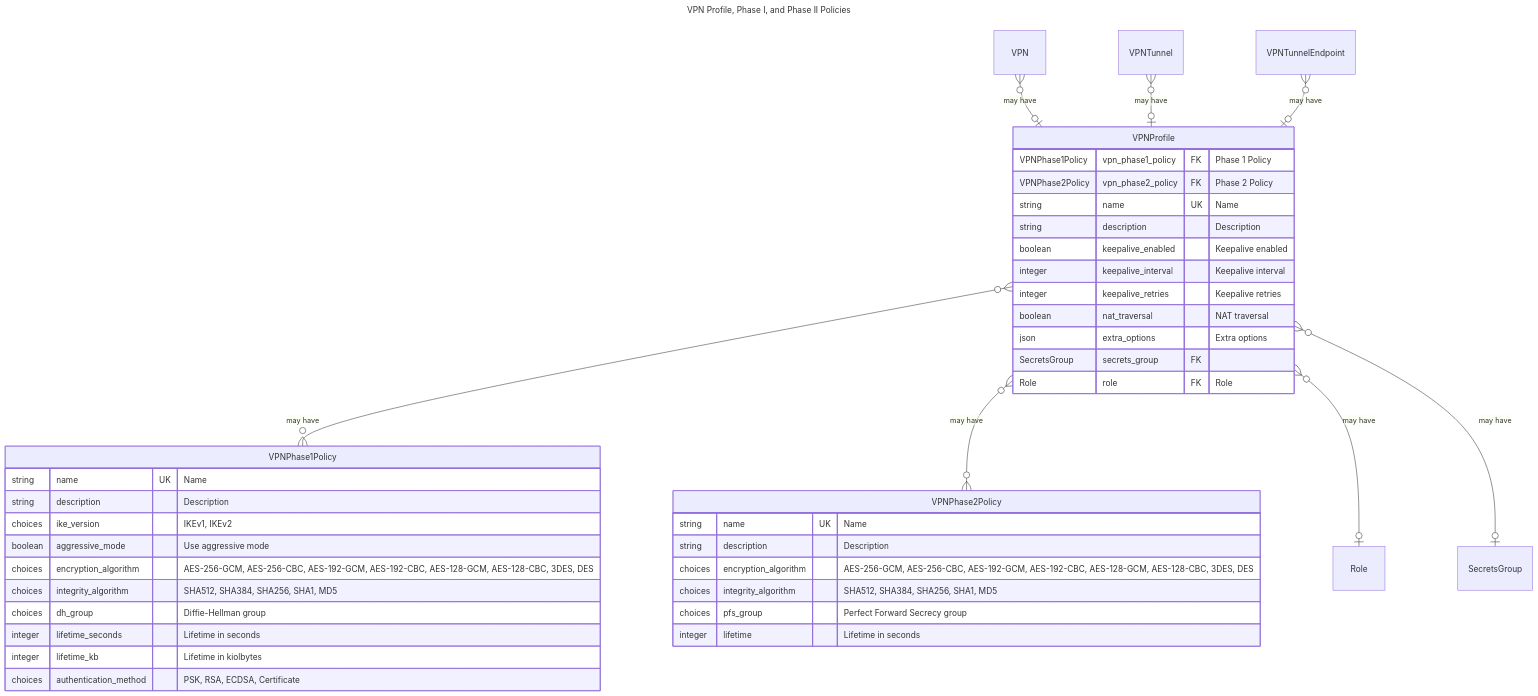
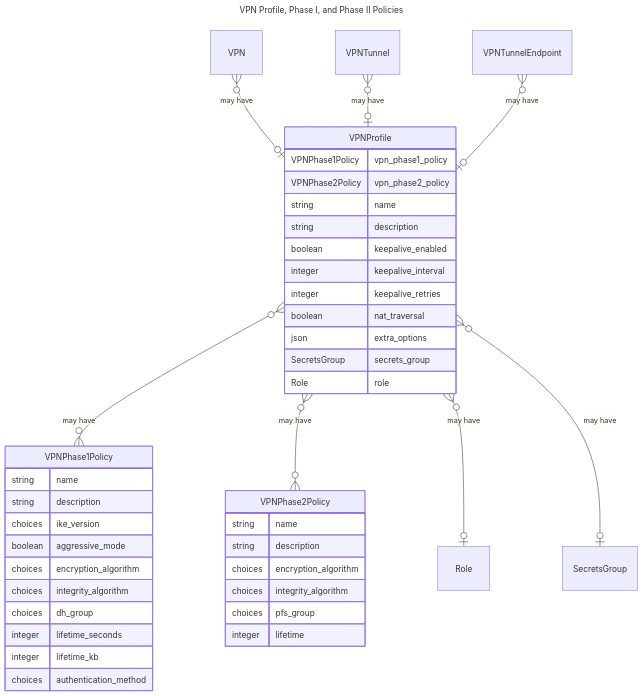
Before and after one commit to nautobot/nautobot: the first of 2 diagrams in nautobot/docs/user-guide/core-data-model/vpn/index.md, drawn with Mermaid. The commit also changed other lines of this file and 3 other files, not shown here.

````diff
--- a/nautobot/docs/user-guide/core-data-model/vpn/index.md
+++ b/nautobot/docs/user-guide/core-data-model/vpn/index.md
@@ -23,57 +23,57 @@
 ```mermaid
 ---
 title: VPN Profile, Phase I, and Phase II Policies
 ---
 erDiagram
     "extras.Role"[Role] {}
     "extras.SecretsGroup"[SecretsGroup] {}
     "nautobot_vpn_models.VPN"[VPN] {}
     "nautobot_vpn_models.VPNTunnel"[VPNTunnel] {}
     "nautobot_vpn_models.VPNTunnelEndpoint"[VPNTunnelEndpoint] {}
 
 
     "nautobot_vpn_models.VPNProfile"[VPNProfile] {
-        VPNPhase1Policy vpn_phase1_policy FK "Phase 1 Policy"
-        VPNPhase2Policy vpn_phase2_policy FK "Phase 2 Policy"
-        string name UK "Name"
-        string description "Description"
-        boolean keepalive_enabled "Keepalive enabled"
-        integer keepalive_interval "Keepalive interval"
-        integer keepalive_retries "Keepalive retries"
-        boolean nat_traversal "NAT traversal"
-        json extra_options "Extra options"
-        SecretsGroup secrets_group FK
-        Role role FK "Role"
+        VPNPhase1Policy vpn_phase1_policy
+        VPNPhase2Policy vpn_phase2_policy
+        string name
+        string description
+        boolean keepalive_enabled
+        integer keepalive_interval
+        integer keepalive_retries
+        boolean nat_traversal
+        json extra_options
+        SecretsGroup secrets_group
+        Role role
     }
 
     "nautobot_vpn_models.VPNPhase1Policy"[VPNPhase1Policy] {
-        string name UK "Name"
-        string description "Description"
-        choices ike_version "IKEv1, IKEv2"
-        boolean aggressive_mode "Use aggressive mode"
-        choices encryption_algorithm "AES-256-GCM, AES-256-CBC, AES-192-GCM, AES-192-CBC, AES-128-GCM, AES-128-CBC, 3DES, DES"
-        choices integrity_algorithm "SHA512, SHA384, SHA256, SHA1, MD5"
-        choices dh_group "Diffie-Hellman group"
-        integer lifetime_seconds "Lifetime in seconds"
-        integer lifetime_kb "Lifetime in kiolbytes"
-        choices authentication_method "PSK, RSA, ECDSA, Certificate"
+        string name
+        string description
+        choices ike_version
+        boolean aggressive_mode
+        choices encryption_algorithm
+        choices integrity_algorithm
+        choices dh_group
+        integer lifetime_seconds
+        integer lifetime_kb
+        choices authentication_method
     }
 
     "nautobot_vpn_models.VPNPhase2Policy"[VPNPhase2Policy] {
-        string name UK "Name"
-        string description "Description"
-        choices encryption_algorithm "AES-256-GCM, AES-256-CBC, AES-192-GCM, AES-192-CBC, AES-128-GCM, AES-128-CBC, 3DES, DES"
-        choices integrity_algorithm "SHA512, SHA384, SHA256, SHA1, MD5"
-        choices pfs_group "Perfect Forward Secrecy group"
-        integer lifetime "Lifetime in seconds"
+        string name
+        string description
+        choices encryption_algorithm
+        choices integrity_algorithm
+        choices pfs_group
+        integer lifetime
     }
 
     "nautobot_vpn_models.VPNProfile" }o--o{ "nautobot_vpn_models.VPNPhase1Policy" : "may have"
     "nautobot_vpn_models.VPNProfile" }o--o{ "nautobot_vpn_models.VPNPhase2Policy" : "may have"
     "nautobot_vpn_models.VPNProfile" }o--o| "extras.Role" : "may have"
     "nautobot_vpn_models.VPNProfile" }o--o| "extras.SecretsGroup" : "may have"
 
     "nautobot_vpn_models.VPN" }o--o| "nautobot_vpn_models.VPNProfile" : "may have"
     "nautobot_vpn_models.VPNTunnel" }o--o| "nautobot_vpn_models.VPNProfile" : "may have"
     "nautobot_vpn_models.VPNTunnelEndpoint" }o--o| "nautobot_vpn_models.VPNProfile" : "may have"
 ```
````
